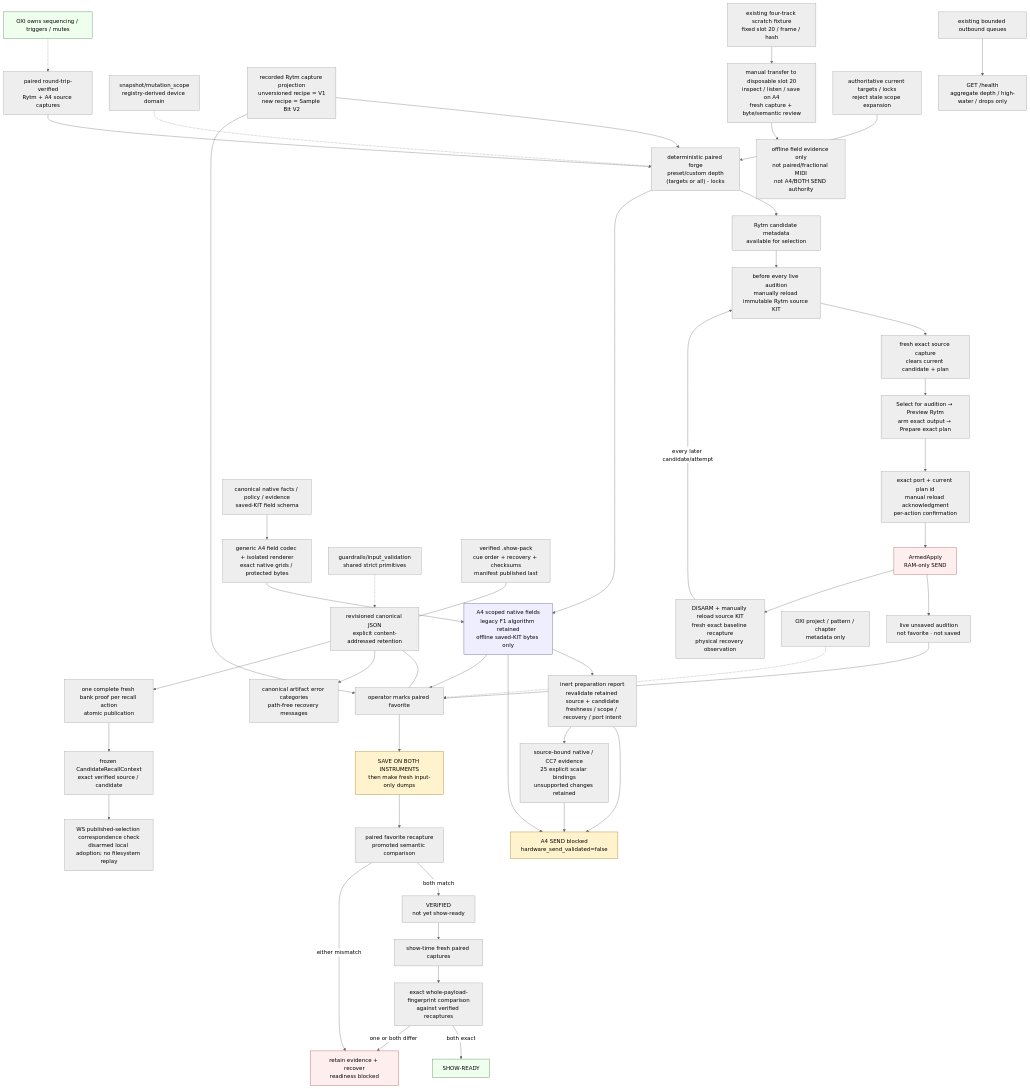
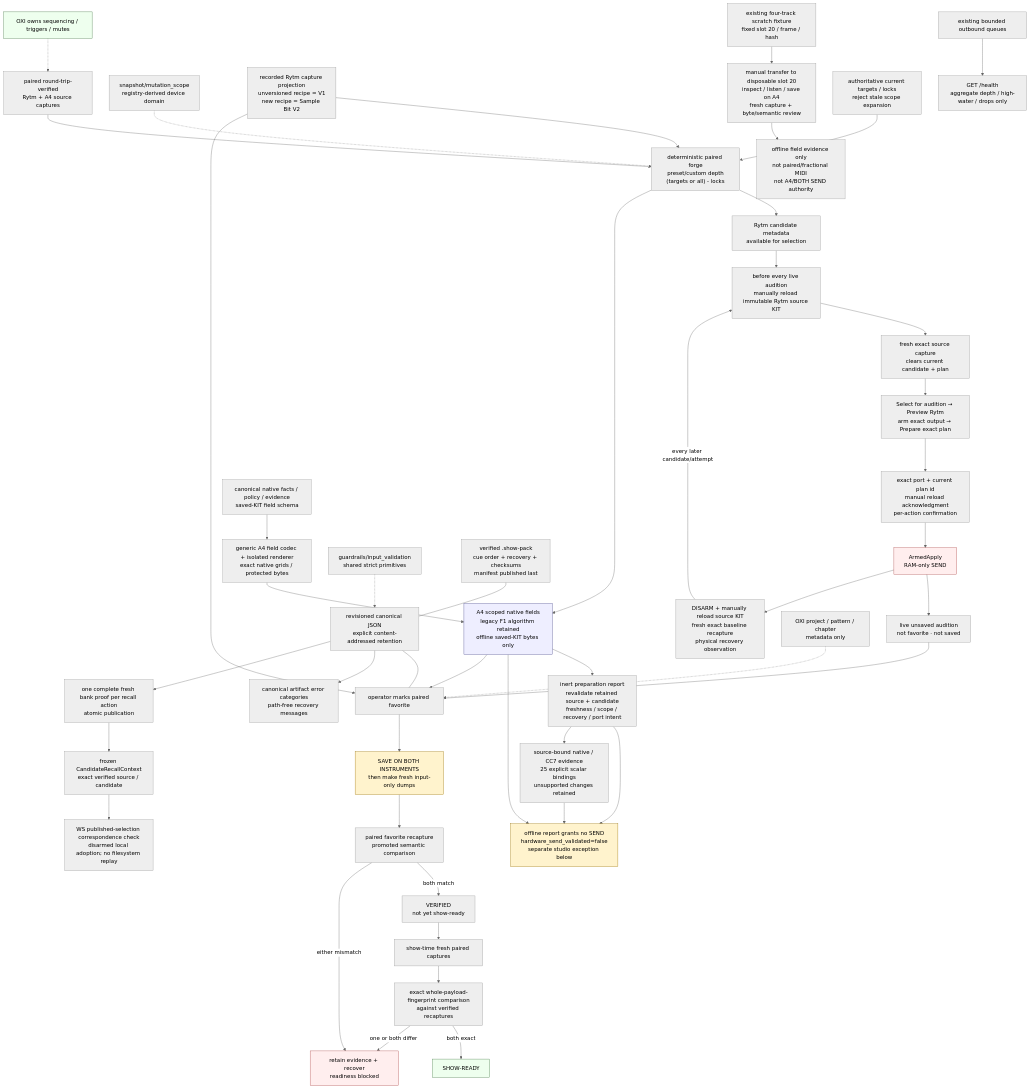
One commit to buzzijose-hub/RytmRandomizer changed diagram 36 of 42 in docs/ARCHITECTURE_DIAGRAMS.md. Above: the diagram before and after it, drawn with Mermaid (neutral theme). The commit also changed other lines of this file and 9 other files, not shown here.

````diff
--- a/docs/ARCHITECTURE_DIAGRAMS.md
+++ b/docs/ARCHITECTURE_DIAGRAMS.md
@@ -3273,60 +3273,60 @@
 ```mermaid
 flowchart TD
     Pair["paired round-trip-verified<br/>Rytm + A4 source captures"] --> Forge["deterministic paired forge<br/>preset/custom depth<br/>(targets or all) - locks"]
 
     Forge --> RytmCandidate["Rytm candidate metadata<br/>available for selection"]
     RytmCandidate --> SourceReload["before every live audition<br/>manually reload immutable Rytm source KIT"]
     SourceReload --> SourceCapture["fresh exact source capture<br/>clears current candidate + plan"]
     SourceCapture --> Reselect["Select for audition → Preview Rytm<br/>arm exact output → Prepare exact plan"]
     Reselect --> ExactConfirm["exact port + current plan id<br/>manual reload acknowledgment<br/>per-action confirmation"]
     ExactConfirm --> ArmedApply["ArmedApply<br/>RAM-only SEND"]
     ArmedApply --> LiveUnsaved["live unsaved audition<br/>not favorite · not saved"]
     ArmedApply --> ManualRestore["DISARM + manually reload source KIT<br/>fresh exact baseline recapture<br/>physical recovery observation"]
     ManualRestore -->|"every later candidate/attempt"| SourceReload
 
     Forge --> A4Candidate["A4 scoped native fields<br/>legacy F1 algorithm retained<br/>offline saved-KIT bytes only"]
     Calibration["canonical native facts / policy / evidence<br/>saved-KIT field schema"] --> FieldCodec["generic A4 field codec + isolated renderer<br/>exact native grids / protected bytes"]
     FieldCodec --> A4Candidate
     Validation["guardrails/input_validation<br/>shared strict primitives"] -.-> Store
     Domains["snapshot/mutation_scope<br/>registry-derived device domain"] -.-> Forge
     A4Candidate --> A4Preparation["inert preparation report<br/>revalidate retained source + candidate<br/>freshness / scope / recovery / port intent"]
     A4Preparation --> NoA4Send
     A4Preparation --> A4ScalarReview["source-bound native / CC7 evidence<br/>25 explicit scalar bindings<br/>unsupported changes retained"]
     A4ScalarReview --> NoA4Send
     ProjectionVersion["recorded Rytm capture projection<br/>unversioned recipe = V1<br/>new recipe = Sample Bit V2"] --> Forge
     ProjectionVersion --> Favorite
-    A4Candidate --> NoA4Send["A4 SEND blocked<br/>hardware_send_validated=false"]
+    A4Candidate --> NoA4Send["offline report grants no SEND<br/>hardware_send_validated=false<br/>separate studio exception below"]
     ExistingScratch["existing four-track scratch fixture<br/>fixed slot 20 / frame / hash"] --> ScratchReturn["manual transfer to disposable slot 20<br/>inspect / listen / save on A4<br/>fresh capture + byte/semantic review"]
     ScratchReturn --> OfflineEvidence["offline field evidence only<br/>not paired/fractional MIDI<br/>not A4/BOTH SEND authority"]
 
     LiveUnsaved --> Favorite["operator marks paired favorite"]
     A4Candidate --> Favorite
     Favorite --> ManualSave["SAVE ON BOTH INSTRUMENTS<br/>then make fresh input-only dumps"]
     ManualSave --> SemanticVerify["paired favorite recapture<br/>promoted semantic comparison"]
     SemanticVerify -->|"both match"| Verified["VERIFIED<br/>not yet show-ready"]
     SemanticVerify -->|"either mismatch"| Recover["retain evidence + recover<br/>readiness blocked"]
 
     Verified --> FreshCapture["show-time fresh paired captures"]
     FreshCapture --> FullFingerprint["exact whole-payload-fingerprint comparison<br/>against verified recaptures"]
     FullFingerprint -->|"both exact"| ShowReady["SHOW-READY"]
     FullFingerprint -->|"one or both differ"| Recover
 
     Metadata["OXI project / pattern / chapter<br/>metadata only"] -.-> Favorite
     OXI["OXI owns sequencing / triggers / mutes"] -.-> Pair
     Store["revisioned canonical JSON<br/>explicit content-addressed retention"] --- Favorite
     Pack["verified .show-pack<br/>cue order + recovery + checksums<br/>manifest published last"] --- Store
     Store --> ArtifactErrors["canonical artifact error categories<br/>path-free recovery messages"]
     Store --> RecallProof["one complete fresh bank proof per recall action<br/>atomic publication"]
     RecallProof --> RecallContext["frozen CandidateRecallContext<br/>exact verified source / candidate"]
     RecallContext --> RecallProjection["WS published-selection correspondence check<br/>disarmed local adoption; no filesystem replay"]
     ScopeGuard["authoritative current targets / locks<br/>reject stale scope expansion"] --> Forge
     Queue["existing bounded outbound queues"] --> Health["GET /health<br/>aggregate depth / high-water / drops only"]
 
     style ArmedApply fill:#fee,stroke:#a44
     style A4Candidate fill:#eef,stroke:#448
     style NoA4Send fill:#fff3cd,stroke:#997000
     style ManualSave fill:#fff3cd,stroke:#997000
     style ShowReady fill:#efe,stroke:#474
     style Recover fill:#fee,stroke:#a44
     style OXI fill:#efe,stroke:#474
 ```
````
